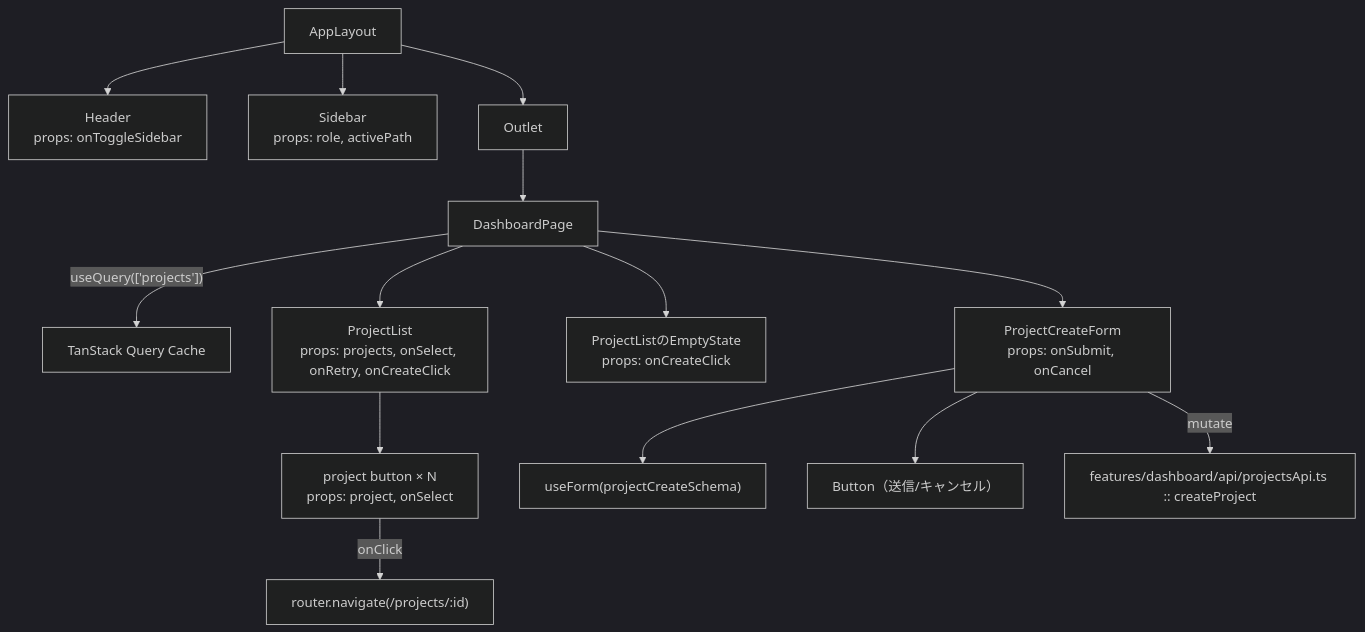
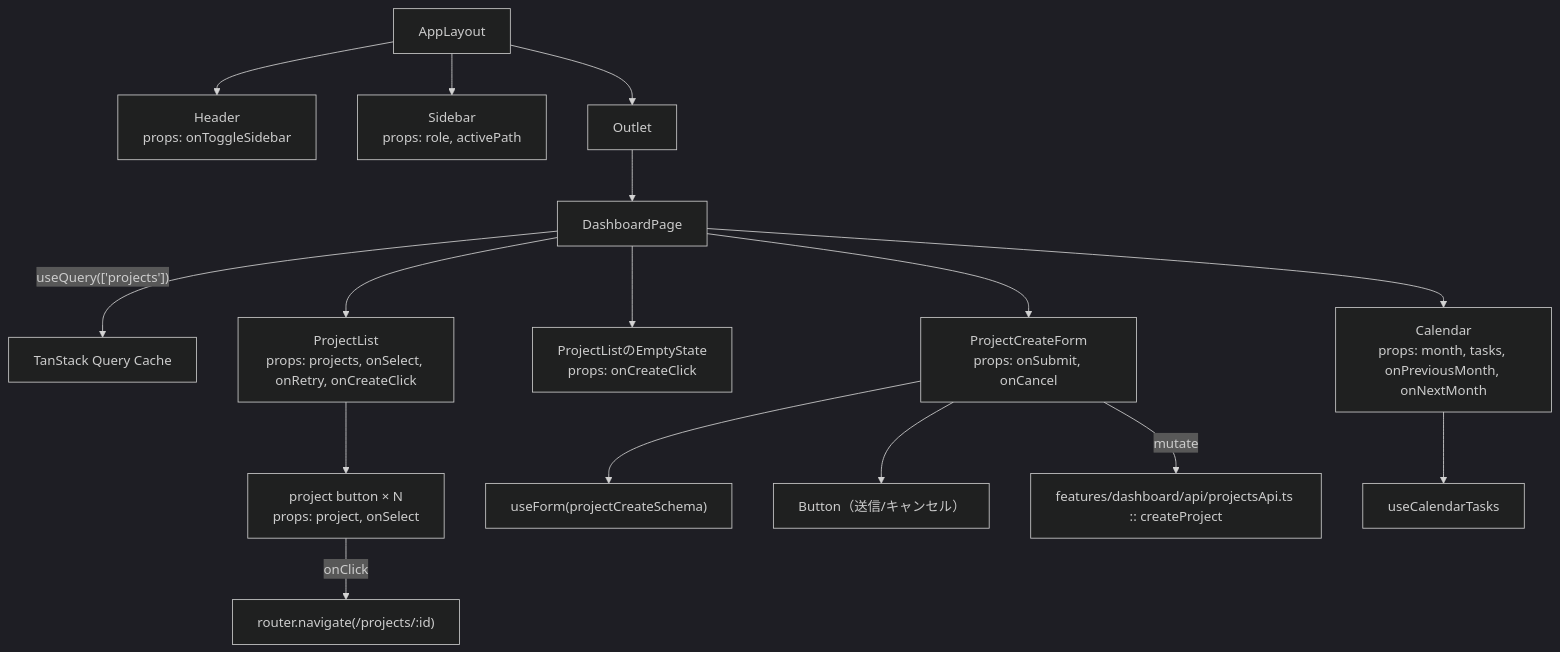
Before and after one commit to oikawa-d/task_management: the fourth of 5 diagrams in docs/detailed_design/screen/06_dashboard.md, drawn with Mermaid (dark theme). The commit also changed other lines of this file and 88 other files, not shown here.

````diff
--- a/docs/detailed_design/screen/06_dashboard.md
+++ b/docs/detailed_design/screen/06_dashboard.md
@@ -211,18 +211,20 @@
 ```mermaid
 flowchart TB
     APL["AppLayout"] --> HD["Header<br/>props: onToggleSidebar"]
     APL --> SB["Sidebar<br/>props: role, activePath"]
     APL --> OUT["Outlet"]
     OUT --> DP["DashboardPage"]
 
     DP -->|"useQuery(['projects'])"| Q["TanStack Query Cache"]
     DP --> PCL["ProjectList<br/>props: projects, onSelect, onRetry, onCreateClick"]
     PCL --> PC["project button × N<br/>props: project, onSelect"]
     DP --> EMP["ProjectListのEmptyState<br/>props: onCreateClick"]
     DP --> PCM["ProjectCreateForm<br/>props: onSubmit, onCancel"]
     PCM --> RHF["useForm(projectCreateSchema)"]
+    DP --> CAL["Calendar<br/>props: month, tasks, onPreviousMonth, onNextMonth"]
+    CAL --> CT["useCalendarTasks"]
     PCM --> BTN["Button（送信/キャンセル）"]
 
     PC -->|"onClick"| NAV["router.navigate(/projects/:id)"]
     PCM -->|"mutate"| EP["features/dashboard/api/projectsApi.ts :: createProject"]
 ```
````
